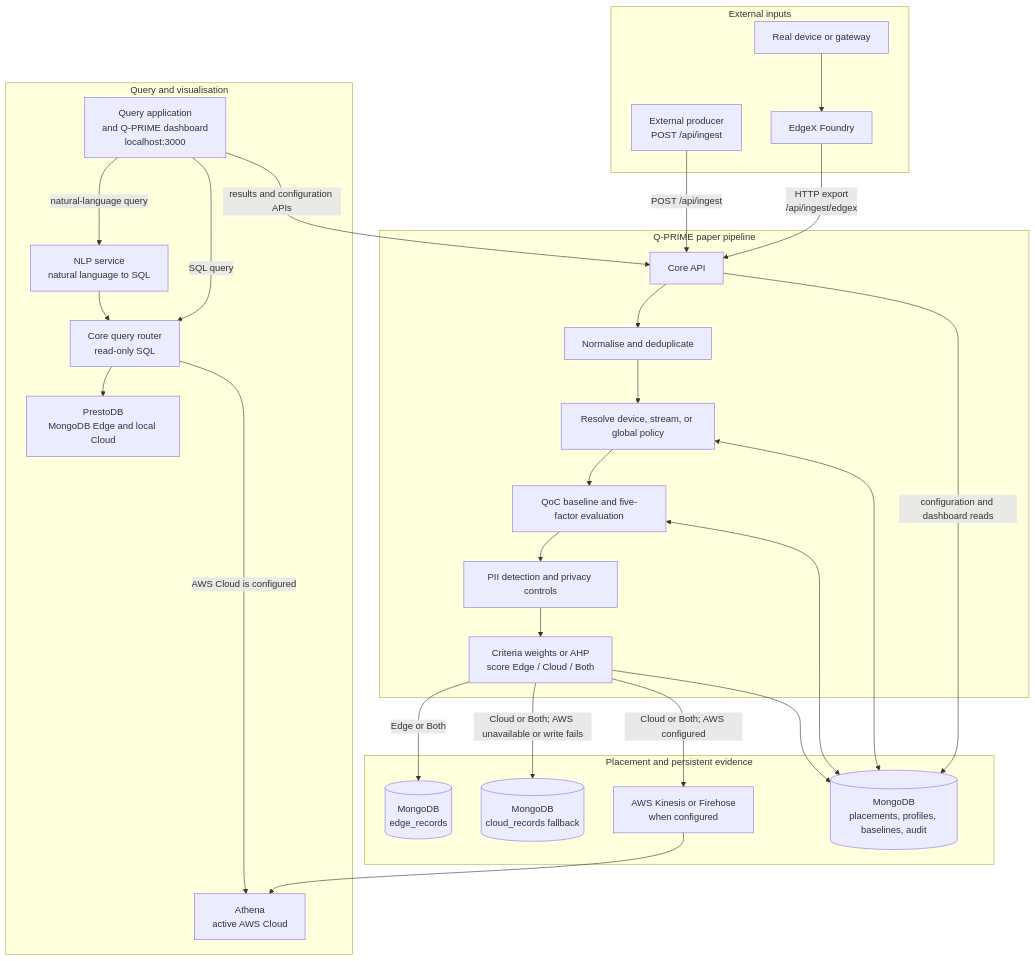
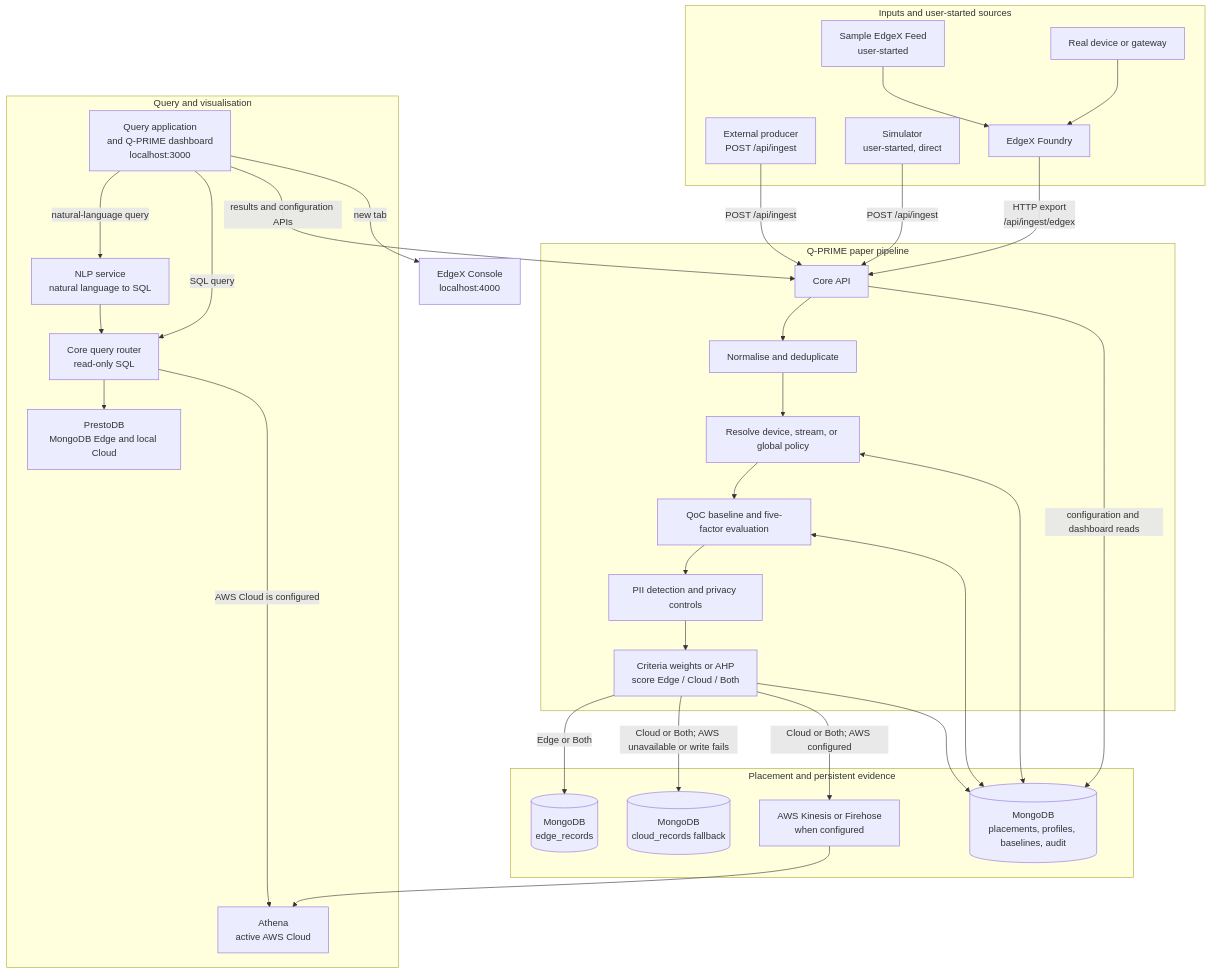
Before and after one commit to JahedulAnowar/Q-PRIME-2026: the diagram in documents/ARCHITECTURE.md, drawn with Mermaid. The commit also changed other lines of this file and 12 other files, not shown here.

````diff
--- a/documents/ARCHITECTURE.md
+++ b/documents/ARCHITECTURE.md
@@ -9,53 +9,58 @@
 ```mermaid
 flowchart TB
-    subgraph Input[External inputs]
+    subgraph Input[Inputs and user-started sources]
         Direct[External producer<br/>POST /api/ingest]
+        Simulator[Simulator<br/>user-started, direct]
+        Sample[Sample EdgeX Feed<br/>user-started]
         Device[Real device or gateway]
         EdgeX[EdgeX Foundry]
+        Sample --> EdgeX
         Device --> EdgeX
     end
 
     subgraph Pipeline[Q-PRIME paper pipeline]
         CoreApi[Core API]
         Ingest[Normalise and deduplicate]
         Policy[Resolve device, stream, or global policy]
         Evaluate[QoC baseline and five-factor evaluation]
         Privacy[PII detection and privacy controls]
         Score[Criteria weights or AHP<br/>score Edge / Cloud / Both]
 
         CoreApi --> Ingest --> Policy --> Evaluate --> Privacy --> Score
     end
 
     Direct -->|POST /api/ingest| CoreApi
+    Simulator -->|POST /api/ingest| CoreApi
     EdgeX -->|HTTP export<br/>/api/ingest/edgex| CoreApi
 
     subgraph Persistence[Placement and persistent evidence]
         Edge[(MongoDB<br/>edge_records)]
         LocalCloud[(MongoDB<br/>cloud_records fallback)]
         AWS[AWS Kinesis or Firehose<br/>when configured]
         Evidence[(MongoDB<br/>placements, profiles, baselines, audit)]
     end
 
     Score -->|Edge or Both| Edge
     Score -->|Cloud or Both; AWS unavailable or write fails| LocalCloud
     Score -->|Cloud or Both; AWS configured| AWS
     Score --> Evidence
     CoreApi -->|configuration and dashboard reads| Evidence
     Policy <--> Evidence
     Evaluate <--> Evidence
 
     subgraph ReadPaths[Query and visualisation]
         Web[Query application<br/>and Q-PRIME dashboard<br/>localhost:3000]
         NLP[NLP service<br/>natural language to SQL]
         Router[Core query router<br/>read-only SQL]
         Presto[PrestoDB<br/>MongoDB Edge and local Cloud]
         Athena[Athena<br/>active AWS Cloud]
     end
 
     Web -->|natural-language query| NLP --> Router
     Web -->|SQL query| Router
     Web -->|results and configuration APIs| CoreApi
+    Web -->|new tab| Console[EdgeX Console<br/>localhost:4000]
     Router --> Presto
     Router -->|AWS Cloud is configured| Athena
     AWS --> Athena
 ```
````
